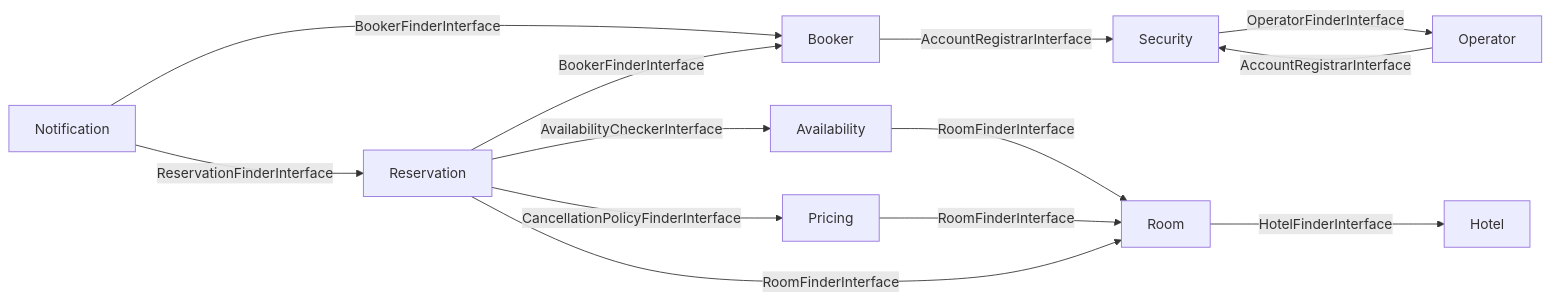
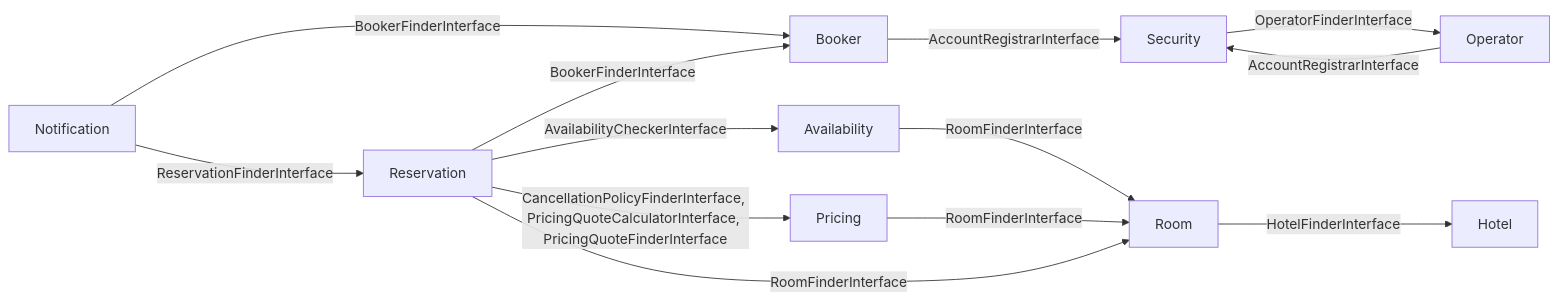
Before and after one commit to nicolas-canfrere/book.it: the diagram in docs/context-map.md, drawn with Mermaid. The commit also changed 5 other files, not shown here.

````diff
--- a/docs/context-map.md
+++ b/docs/context-map.md
@@ -5,15 +5,15 @@
 ```mermaid
 graph LR
   Availability -->|RoomFinderInterface| Room
   Booker -->|AccountRegistrarInterface| Security
   Notification -->|BookerFinderInterface| Booker
   Notification -->|ReservationFinderInterface| Reservation
   Operator -->|AccountRegistrarInterface| Security
   Pricing -->|RoomFinderInterface| Room
   Reservation -->|AvailabilityCheckerInterface| Availability
   Reservation -->|BookerFinderInterface| Booker
-  Reservation -->|CancellationPolicyFinderInterface| Pricing
+  Reservation -->|CancellationPolicyFinderInterface, PricingQuoteCalculatorInterface, PricingQuoteFinderInterface| Pricing
   Reservation -->|RoomFinderInterface| Room
   Room -->|HotelFinderInterface| Hotel
   Security -->|OperatorFinderInterface| Operator
 ```
````
